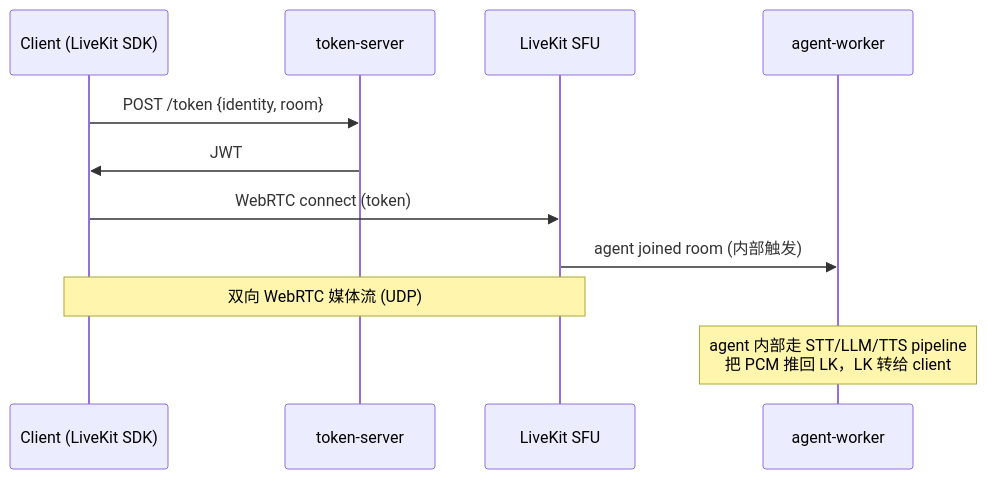
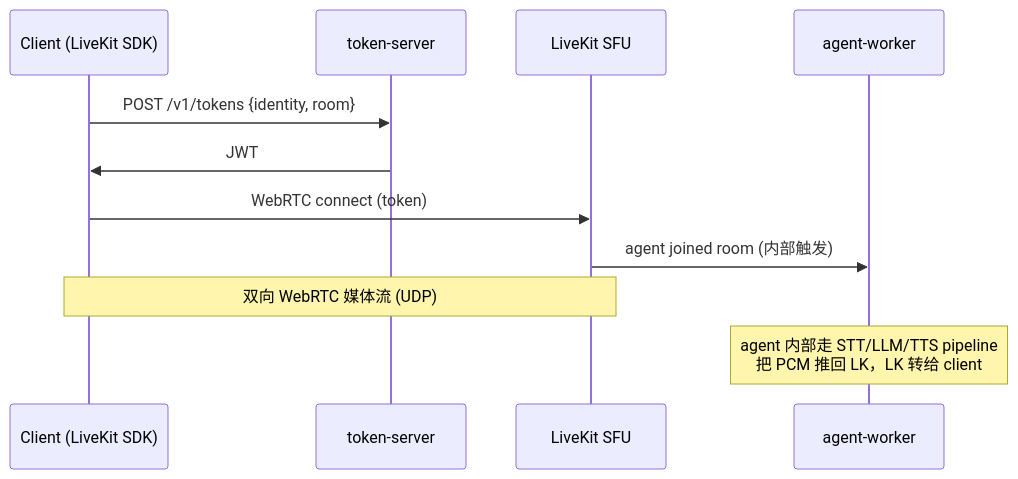
One commit to zinohome/RTVoice changed the fifth of 5 diagrams in ARCHITECTURE.md. Above: the diagram before and after it, drawn with Mermaid. The commit also changed other lines of this file and 3 other files, not shown here.

````diff
--- a/ARCHITECTURE.md
+++ b/ARCHITECTURE.md
@@ -271,13 +271,13 @@
 ```mermaid
 sequenceDiagram
     participant C as Client (LiveKit SDK)
     participant TS as token-server
     participant LK as LiveKit SFU
     participant AW as agent-worker
-    C->>TS: POST /token {identity, room}
+    C->>TS: POST /v1/tokens {identity, room}
     TS->>C: JWT
     C->>LK: WebRTC connect (token)
     LK->>AW: agent joined room (内部触发)
     Note over C,LK: 双向 WebRTC 媒体流 (UDP)
     Note over AW: agent 内部走 STT/LLM/TTS pipeline<br/>把 PCM 推回 LK，LK 转给 client
 ```
````
